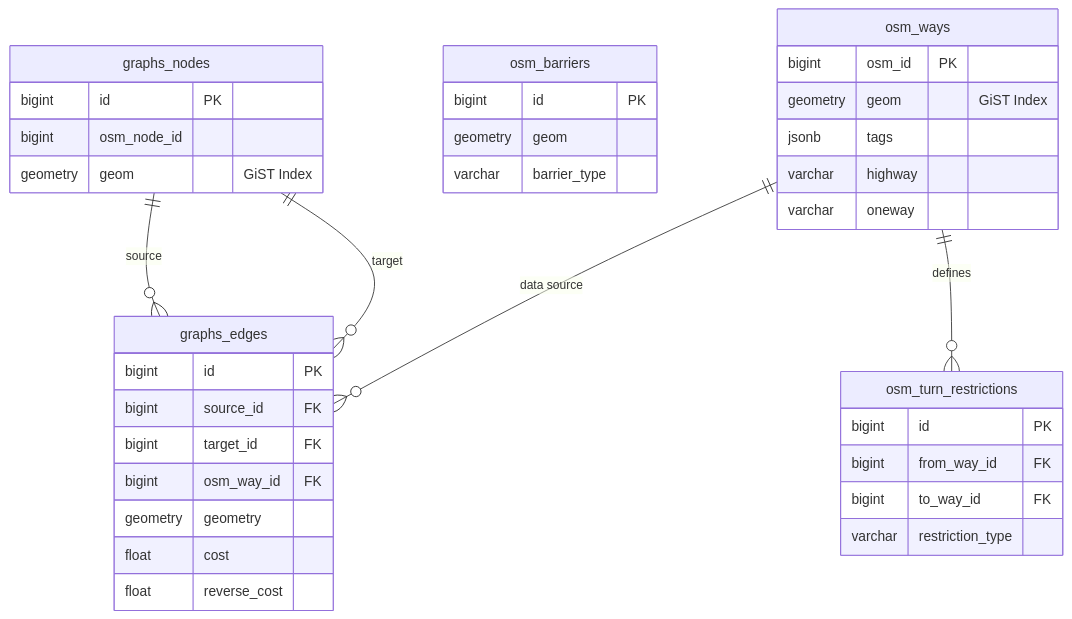
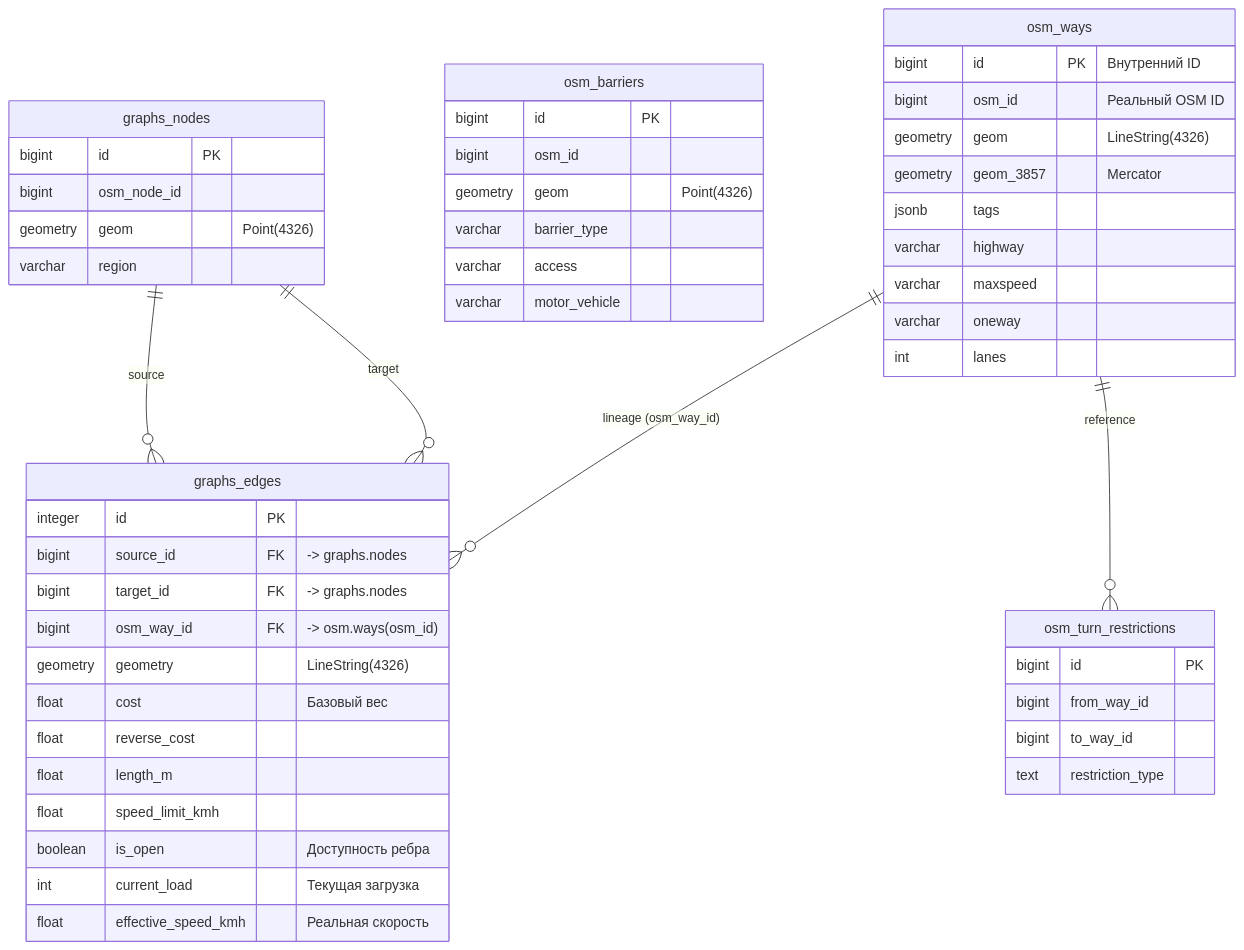
Before and after one commit to L1CH7/magistracy-diplom-iu12-docs: the diagram in assets/diagrams/03-graph-schema.mmd, drawn with Mermaid. The commit also changed 13 other files, not shown here.

Commit message:
feat(mmd) - актуализировал мермейд диаграммы. теперь красота

```diff
--- a/assets/diagrams/03-graph-schema.mmd
+++ b/assets/diagrams/03-graph-schema.mmd
@@ -1,45 +1,67 @@
 erDiagram
-    %% --- Source Data (OSM) ---
+    %% --- Слой 1: Исходные данные (OSM) ---
     osm_ways {
-        bigint osm_id PK
-        geometry geom "GiST Index"
+        bigint id PK "Внутренний ID"
+        bigint osm_id "Реальный OSM ID"
+        geometry geom "LineString(4326)"
+        geometry geom_3857 "Mercator"
         jsonb tags
         varchar highway
+        varchar maxspeed
         varchar oneway
+        int lanes
     }
     
     osm_barriers {
         bigint id PK
-        geometry geom
+        bigint osm_id
+        geometry geom "Point(4326)"
         varchar barrier_type
+        varchar access
+        varchar motor_vehicle
     }
 
     osm_turn_restrictions {
         bigint id PK
-        bigint from_way_id FK
-        bigint to_way_id FK
-        varchar restriction_type
+        bigint from_way_id
+        bigint to_way_id
+        text restriction_type
     }
 
-    %% --- Routing Graph (Product) ---
+    %% --- Слой 2: Маршрутный граф (Routing) ---
     graphs_nodes {
         bigint id PK
         bigint osm_node_id
-        geometry geom "GiST Index"
+        geometry geom "Point(4326)"
+        varchar region
     }
 
     graphs_edges {
-        bigint id PK
-        bigint source_id FK
-        bigint target_id FK
-        bigint osm_way_id FK
-        geometry geometry
-        float cost
+        integer id PK
+        bigint source_id FK "-> graphs.nodes"
+        bigint target_id FK "-> graphs.nodes"
+        bigint osm_way_id FK "-> osm.ways(osm_id)"
+        geometry geometry "LineString(4326)"
+        
+        %% Статические веса
+        float cost "Базовый вес"
         float reverse_cost
+        float length_m
+        float speed_limit_kmh
+        
+        %% Динамические атрибуты (Key Feature)
+        boolean is_open "Доступность ребра"
+        int current_load "Текущая загрузка"
+        float effective_speed_kmh "Реальная скорость"
     }
 
-    %% Relationships
+    %% --- Связи (Только реальные FK) ---
+    %% Узлы связаны с ребрами
     graphs_nodes ||--o{ graphs_edges : "source"
     graphs_nodes ||--o{ graphs_edges : "target"
-    osm_ways ||--o{ graphs_edges : "data source"
-    osm_ways ||--o{ osm_turn_restrictions : "defines"
+    
+    %% Ребра знают, из какой линии OSM они сделаны
+    osm_ways ||--o{ graphs_edges : "lineage (osm_way_id)"
+    
+    %% Ограничения поворотов ссылаются на линии (логически)
+    osm_ways ||--o{ osm_turn_restrictions : "reference"
```
